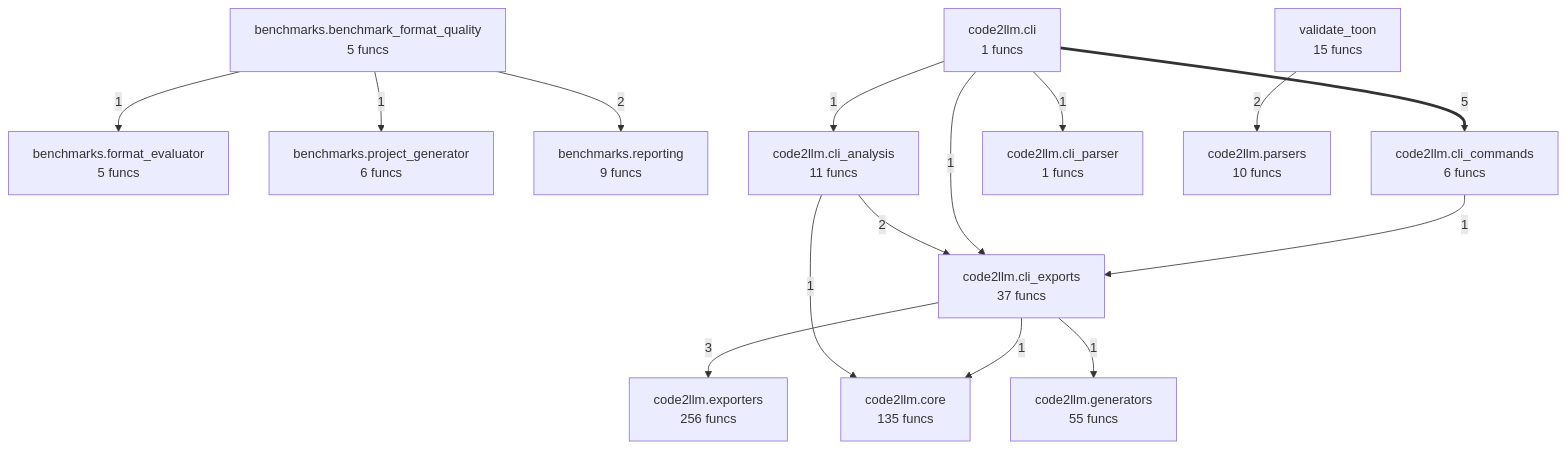
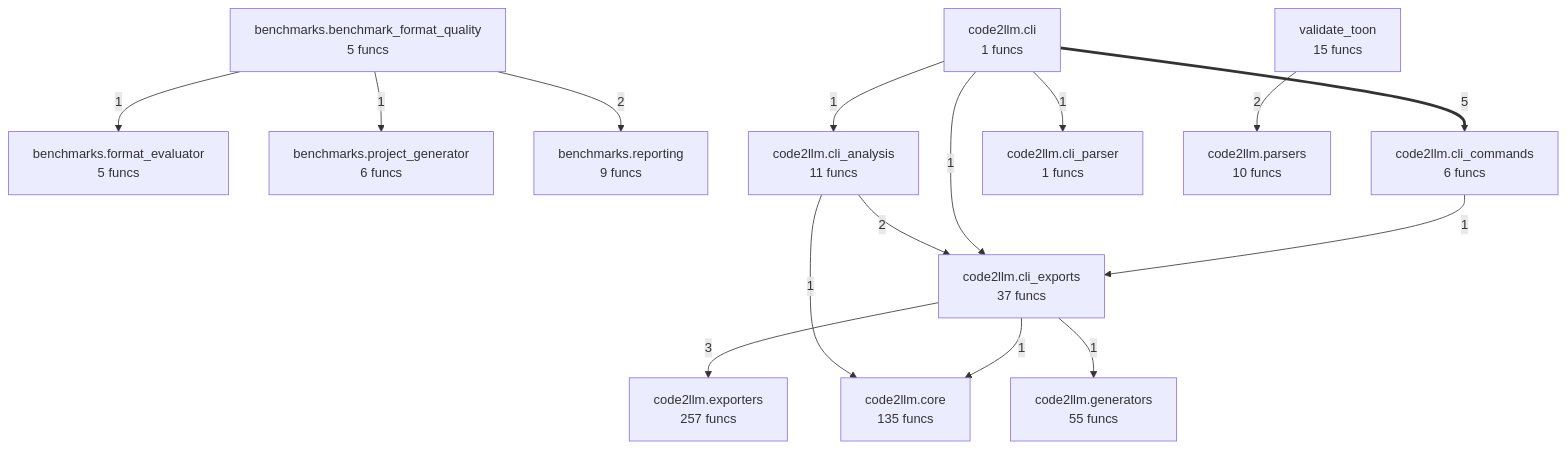
The diagram in project/compact_flow.mmd (wronai/code2flow), drawn with Mermaid before and after one commit. The commit also changed 25 other files, not shown here.

```diff
--- a/project/compact_flow.mmd
+++ b/project/compact_flow.mmd
@@ -1,29 +1,29 @@
 flowchart TD
     benchmarks_benchmark_format_quality["benchmarks.benchmark_format_quality<br/>5 funcs"]
     benchmarks_format_evaluator["benchmarks.format_evaluator<br/>5 funcs"]
     benchmarks_project_generator["benchmarks.project_generator<br/>6 funcs"]
     benchmarks_reporting["benchmarks.reporting<br/>9 funcs"]
     code2llm_cli["code2llm.cli<br/>1 funcs"]
     code2llm_cli_analysis["code2llm.cli_analysis<br/>11 funcs"]
     code2llm_cli_commands["code2llm.cli_commands<br/>6 funcs"]
     code2llm_cli_exports["code2llm.cli_exports<br/>37 funcs"]
     code2llm_cli_parser["code2llm.cli_parser<br/>1 funcs"]
     code2llm_core["code2llm.core<br/>135 funcs"]
-    code2llm_exporters["code2llm.exporters<br/>256 funcs"]
+    code2llm_exporters["code2llm.exporters<br/>257 funcs"]
     code2llm_generators["code2llm.generators<br/>55 funcs"]
     code2llm_parsers["code2llm.parsers<br/>10 funcs"]
     validate_toon["validate_toon<br/>15 funcs"]
     code2llm_cli ==>|5| code2llm_cli_commands
     code2llm_cli_exports -->|3| code2llm_exporters
     validate_toon -->|2| code2llm_parsers
     code2llm_cli_analysis -->|2| code2llm_cli_exports
     benchmarks_benchmark_format_quality -->|2| benchmarks_reporting
     code2llm_cli -->|1| code2llm_cli_parser
     code2llm_cli -->|1| code2llm_cli_analysis
     code2llm_cli -->|1| code2llm_cli_exports
     code2llm_cli_analysis -->|1| code2llm_core
     code2llm_cli_commands -->|1| code2llm_cli_exports
     benchmarks_benchmark_format_quality -->|1| benchmarks_format_evaluator
     benchmarks_benchmark_format_quality -->|1| benchmarks_project_generator
     code2llm_cli_exports -->|1| code2llm_core
     code2llm_cli_exports -->|1| code2llm_generators
```
